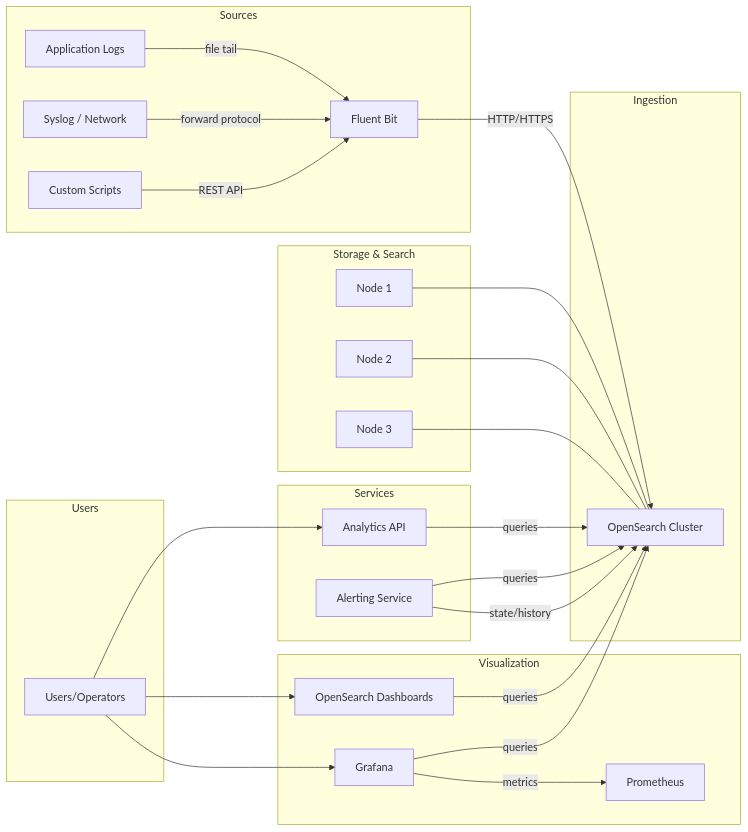
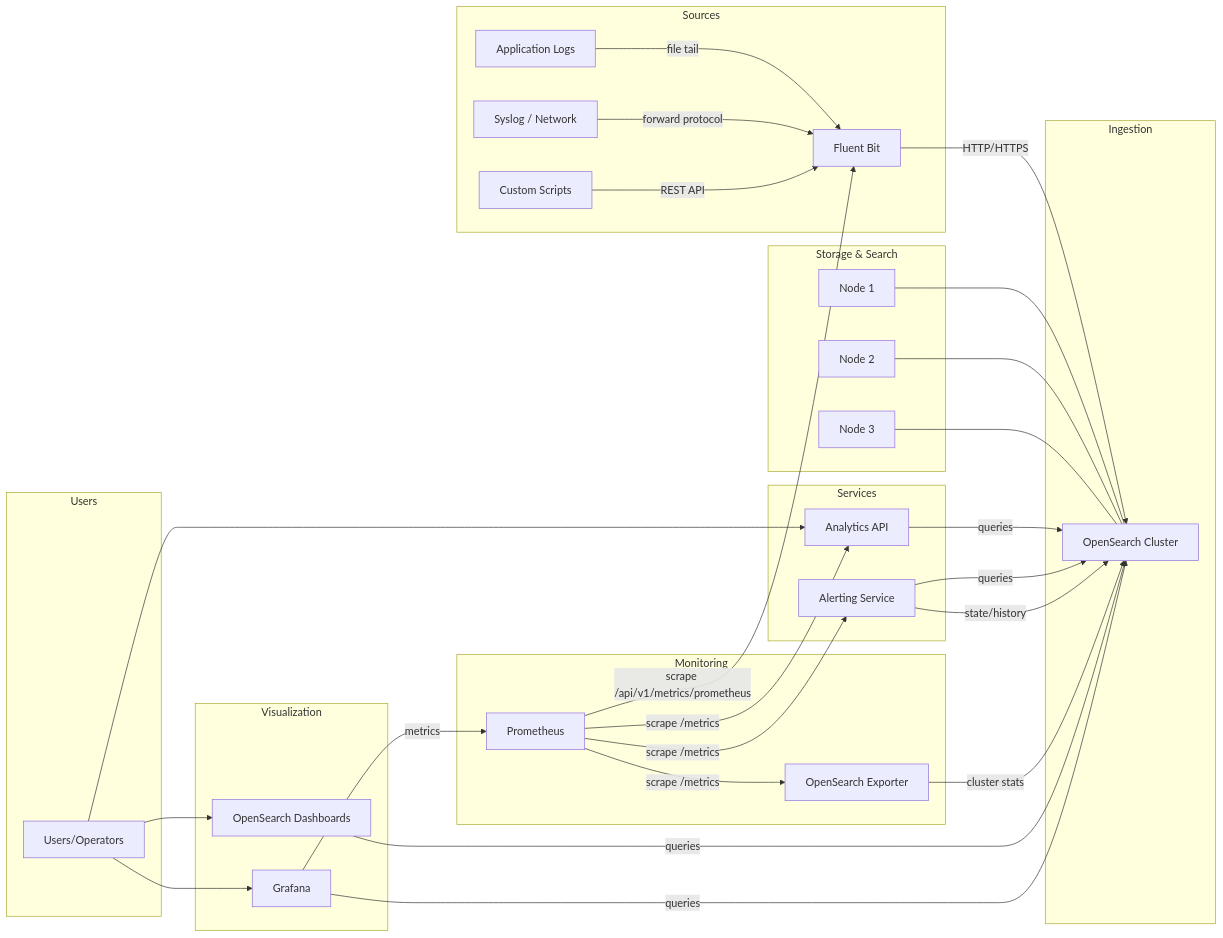
Before and after one commit to balajir2/vaultize-analytics-dashboard: the first of 4 diagrams in docs/architecture/diagrams/system-architecture.md, drawn with Mermaid. The commit also changed other lines of this file and 26 other files, not shown here.

First line of the commit message:
feat: Prometheus metrics integration + documentation update

````diff
--- a/docs/architecture/diagrams/system-architecture.md
+++ b/docs/architecture/diagrams/system-architecture.md
@@ -7,37 +7,45 @@
 ```mermaid
 graph LR
     subgraph Sources
         A[Application Logs] --> |file tail| FB
         B[Syslog / Network] --> |forward protocol| FB
         C[Custom Scripts] --> |REST API| FB
     end
 
     subgraph Ingestion
         FB[Fluent Bit] --> |HTTP/HTTPS| OS
     end
 
     subgraph Storage & Search
         OS[OpenSearch Cluster]
         OS1[Node 1] --- OS
         OS2[Node 2] --- OS
         OS3[Node 3] --- OS
     end
 
     subgraph Services
         API[Analytics API] --> |queries| OS
         ALT[Alerting Service] --> |queries| OS
         ALT --> |state/history| OS
     end
 
+    subgraph Monitoring
+        PM[Prometheus] --> |scrape /metrics| API
+        PM --> |scrape /metrics| ALT
+        PM --> |scrape /api/v1/metrics/prometheus| FB
+        PM --> |scrape /metrics| EXP[OpenSearch Exporter]
+        EXP --> |cluster stats| OS
+    end
+
     subgraph Visualization
         OSD[OpenSearch Dashboards] --> |queries| OS
         GF[Grafana] --> |queries| OS
-        GF --> |metrics| PM[Prometheus]
+        GF --> |metrics| PM
     end
 
     subgraph Users
         U[Users/Operators] --> API
         U --> OSD
         U --> GF
     end
 ```
````
